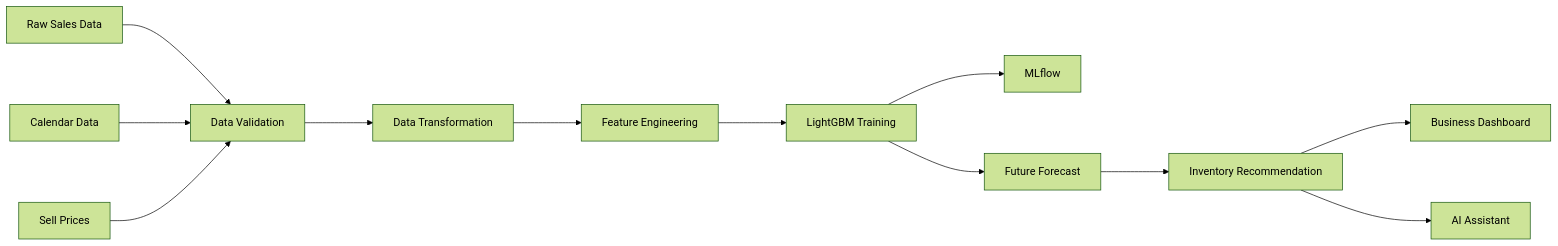
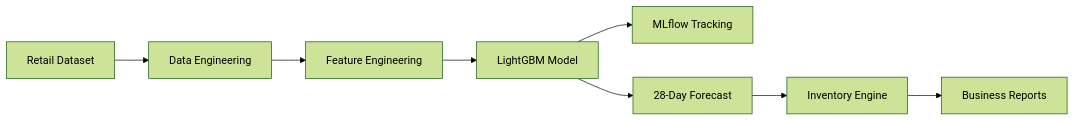
One commit to hanannazri/Intelligent-Forecasting-MLOps-Platform changed the second of 5 diagrams in README.md. Above: the diagram before and after it, drawn with Mermaid (forest theme). The commit also changed other lines of this file, not shown here.

Commit message:
Revise machine learning workflow flowchart in README
Updated the flowchart in the README to reflect changes in the machine learning workflow, including new nodes and connections.

````diff
--- a/README.md
+++ b/README.md
@@ -212,38 +212,15 @@
 ```mermaid
-%%{init: {
-  "flowchart": {
-    "nodeSpacing": 90,
-    "rankSpacing": 100
-  }
-}}%%
-
 flowchart LR
 
-A[Raw Sales Data]
+A[Retail Dataset]
+--> B[Data Engineering]
+--> C[Feature Engineering]
+--> D[LightGBM Model]
 
-B[Calendar Data]
+D --> E[MLflow Tracking]
+D --> F[28-Day Forecast]
 
-C[Sell Prices]
+F --> G[Inventory Engine]
 
-A --> D[Data Validation]
-
-B --> D
-
-C --> D
-
-D --> E[Data Transformation]
-
-E --> F[Feature Engineering]
-
-F --> G[LightGBM Training]
-
-G --> H[MLflow]
-
-G --> I[Future Forecast]
-
-I --> J[Inventory Recommendation]
-
-J --> K[Business Dashboard]
-
-J --> L[AI Assistant]
+G --> H[Business Reports]
 ```
````
